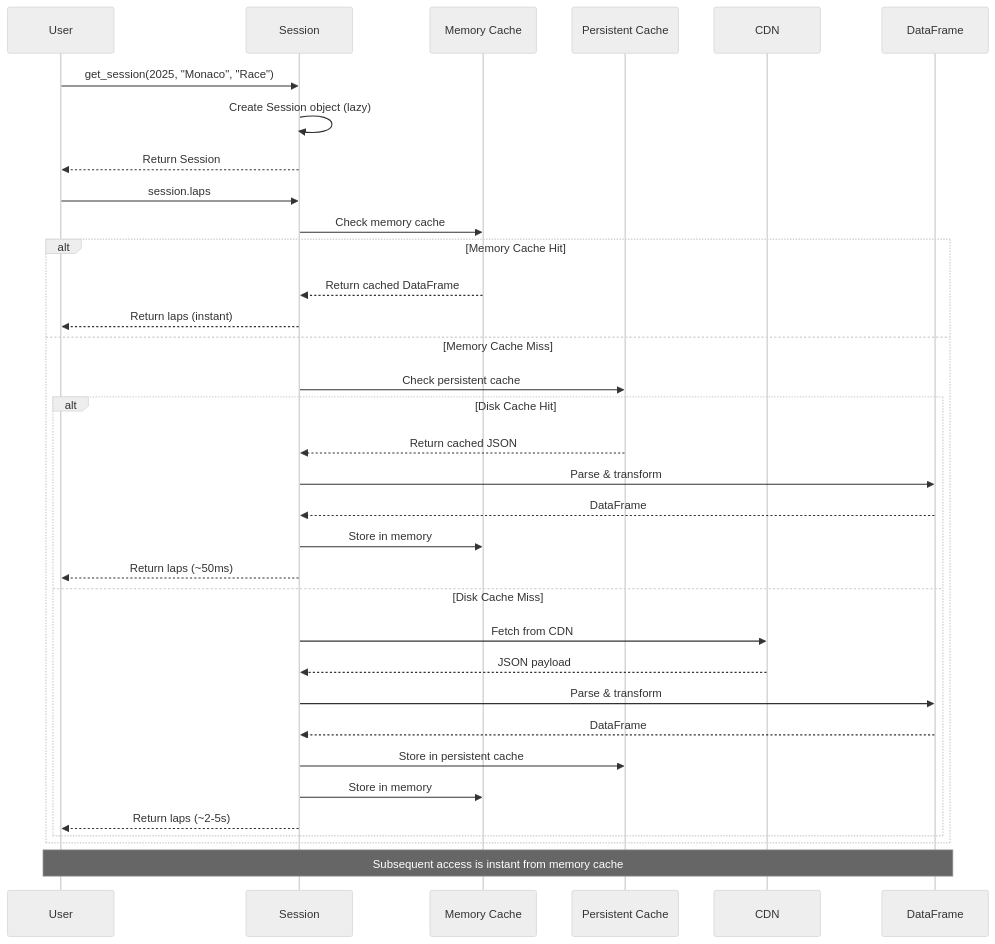
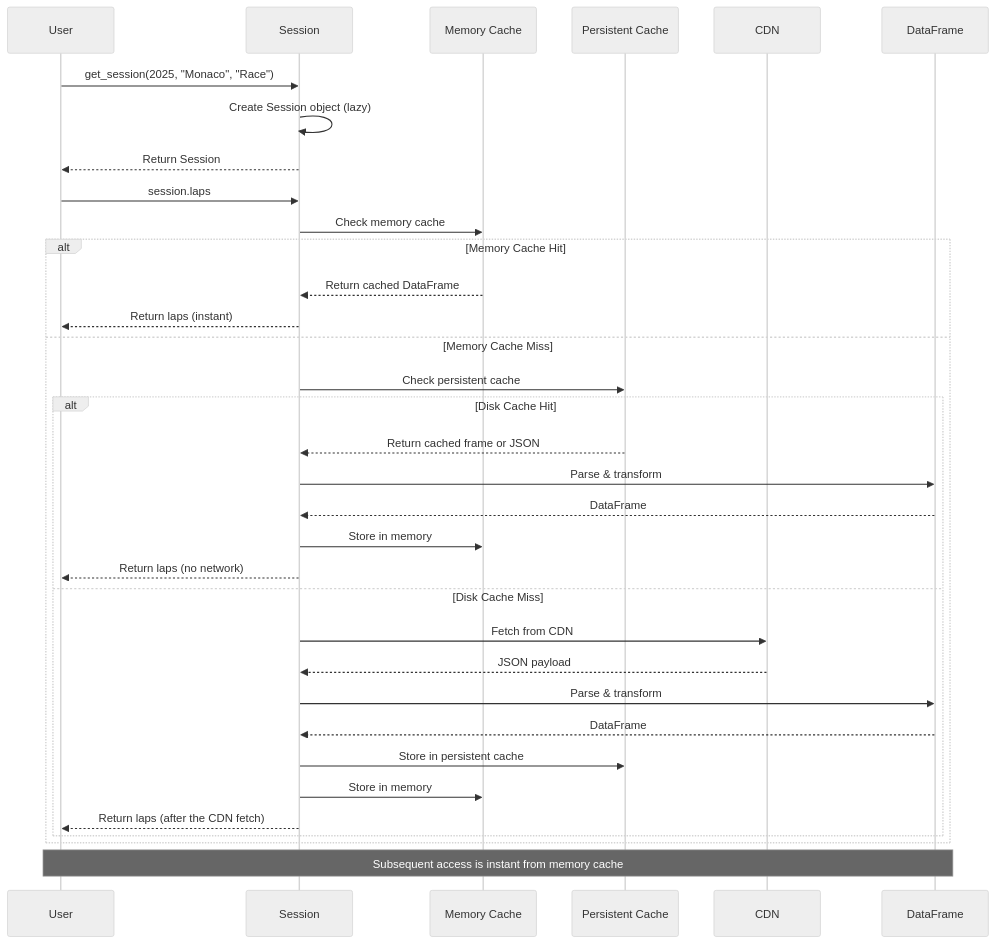
One commit to TracingInsights/tif1 changed the second of 2 diagrams in docs/concepts/sessions.mdx. Above: the diagram before and after it, drawn with Mermaid (neutral theme). The commit also changed other lines of this file and 145 other files, not shown here.

````diff
--- a/docs/concepts/sessions.mdx
+++ b/docs/concepts/sessions.mdx
@@ -1094,41 +1098,41 @@
 ```mermaid
 sequenceDiagram
     participant User
     participant Session
     participant MemCache as Memory Cache
     participant DiskCache as Persistent Cache
     participant CDN
     participant DataFrame
 
     User->>Session: get_session(2025, "Monaco", "Race")
     Session->>Session: Create Session object (lazy)
     Session-->>User: Return Session
 
     User->>Session: session.laps
     Session->>MemCache: Check memory cache
 
     alt Memory Cache Hit
         MemCache-->>Session: Return cached DataFrame
         Session-->>User: Return laps (instant)
     else Memory Cache Miss
         Session->>DiskCache: Check persistent cache
 
         alt Disk Cache Hit
-            DiskCache-->>Session: Return cached JSON
+            DiskCache-->>Session: Return cached frame or JSON
             Session->>DataFrame: Parse & transform
             DataFrame-->>Session: DataFrame
             Session->>MemCache: Store in memory
-            Session-->>User: Return laps (~50ms)
+            Session-->>User: Return laps (no network)
         else Disk Cache Miss
             Session->>CDN: Fetch from CDN
             CDN-->>Session: JSON payload
             Session->>DataFrame: Parse & transform
             DataFrame-->>Session: DataFrame
             Session->>DiskCache: Store in persistent cache
             Session->>MemCache: Store in memory
-            Session-->>User: Return laps (~2-5s)
+            Session-->>User: Return laps (after the CDN fetch)
         end
     end
 
     Note over User,DataFrame: Subsequent access is instant from memory cache
 ```
````
